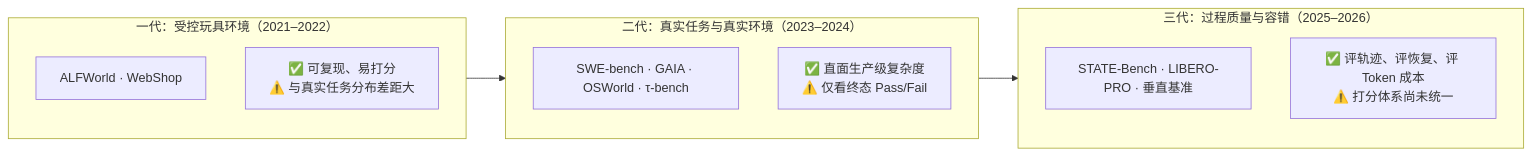
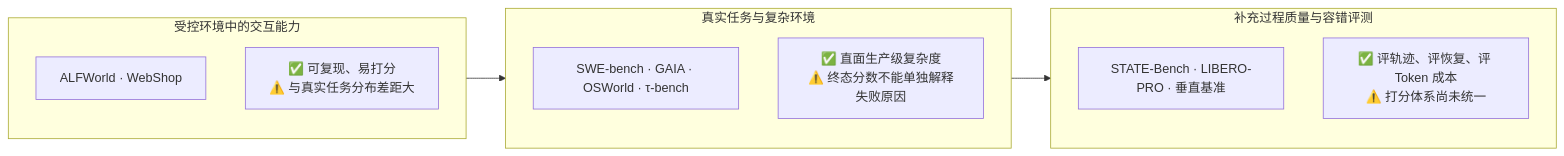
Diagram 33 of 50 in _posts/research/2026-03-05-AI-Agent-Survey.md (TingdeLiu/tingdeliu.github.io), drawn with Mermaid before and after one commit. The commit also changed other lines of this file, not shown here.

````diff
--- a/_posts/research/2026-03-05-AI-Agent-Survey.md
+++ b/_posts/research/2026-03-05-AI-Agent-Survey.md
@@ -2441,19 +2474,19 @@
 ```mermaid
 flowchart LR
-    subgraph B1["一代：受控玩具环境（2021–2022）"]
+    subgraph B1["受控环境中的交互能力"]
         X1["ALFWorld · WebShop"]
         X2["✅ 可复现、易打分
 ⚠️ 与真实任务分布差距大"]
     end
-    subgraph B2["二代：真实任务与真实环境（2023–2024）"]
+    subgraph B2["真实任务与复杂环境"]
         Y1["SWE-bench · GAIA · OSWorld · τ-bench"]
         Y2["✅ 直面生产级复杂度
-⚠️ 仅看终态 Pass/Fail"]
+⚠️ 终态分数不能单独解释失败原因"]
     end
-    subgraph B3["三代：过程质量与容错（2025–2026）"]
+    subgraph B3["补充过程质量与容错评测"]
         Z1["STATE-Bench · LIBERO-PRO · 垂直基准"]
         Z2["✅ 评轨迹、评恢复、评 Token 成本
 ⚠️ 打分体系尚未统一"]
     end
     B1 --> B2 --> B3
 ```
````
